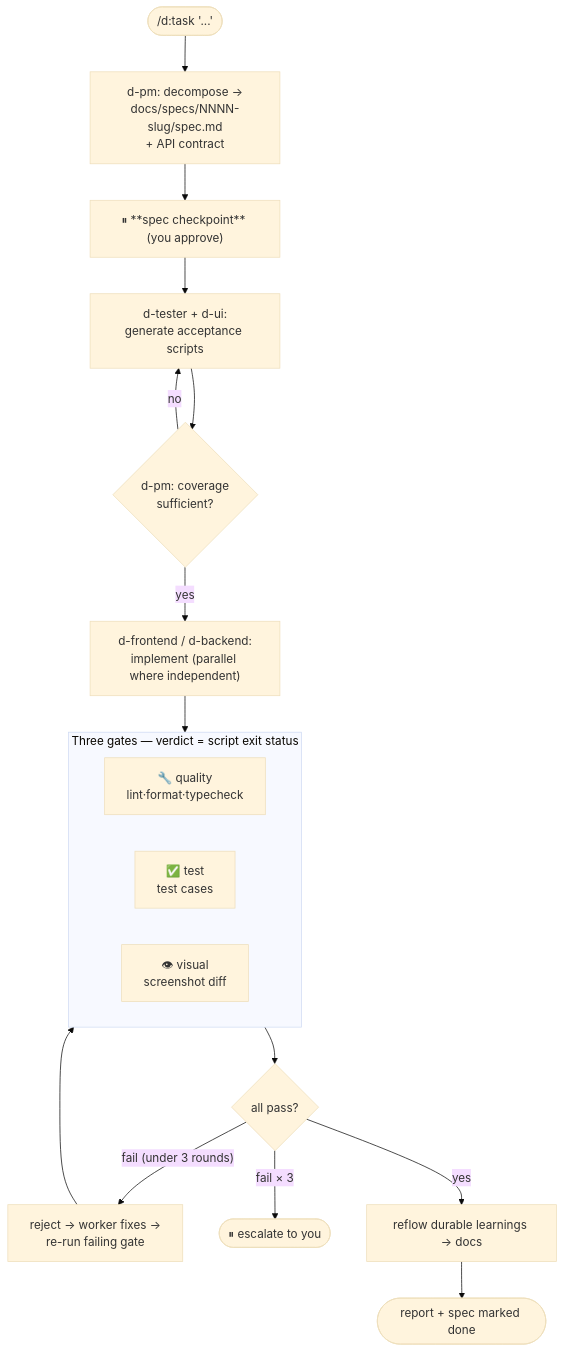
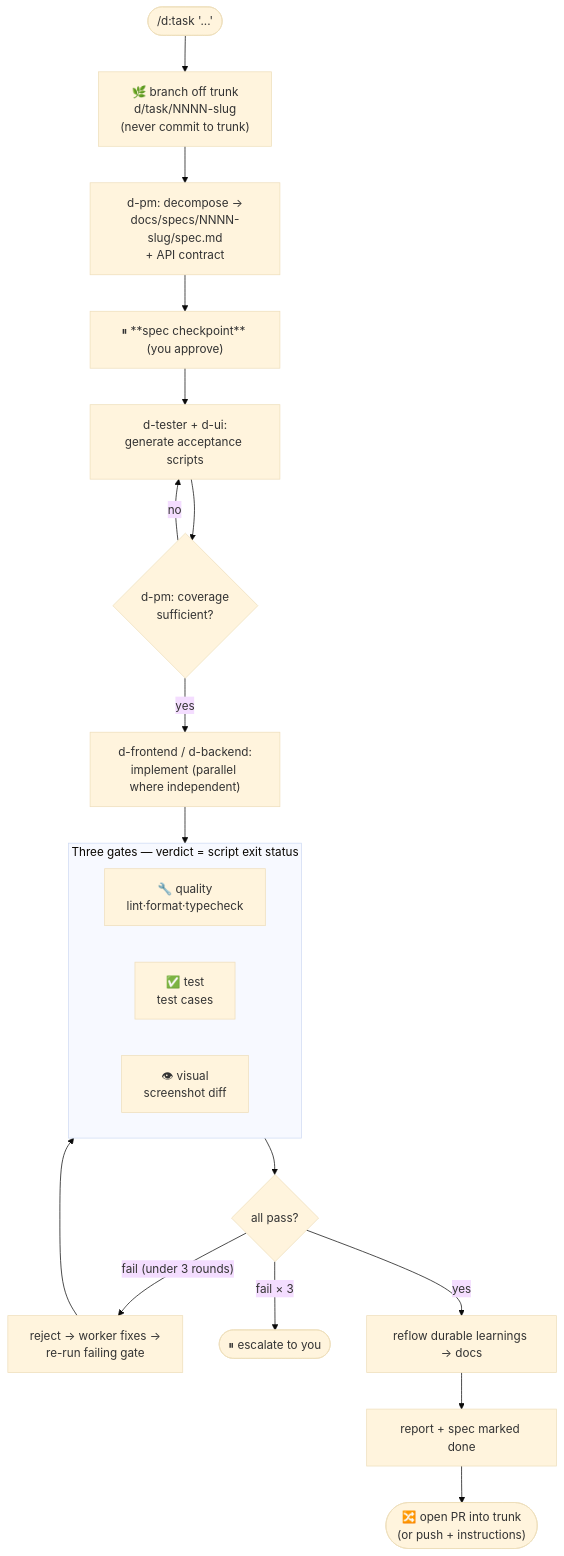
Before and after one commit to Adophlidu/cc-commands: the third of 5 diagrams in README.md, drawn with Mermaid (base theme). The commit also changed other lines of this file, not shown here.

Commit message:
docs: update README for branch discipline, commit conventions, and permission pre-grant (phases 5-7) (#9)

````diff
--- a/README.md
+++ b/README.md
@@ -112,24 +114,26 @@
 ```mermaid
 flowchart TD
-    t0(["/d:task '...'"]) --> t1["d-pm: decompose →<br/>docs/specs/NNNN-slug/spec.md<br/>+ API contract"]
+    t0(["/d:task '...'"]) --> tb["🌿 branch off trunk<br/>d/task/NNNN-slug<br/>(never commit to trunk)"]
+    tb --> t1["d-pm: decompose →<br/>docs/specs/NNNN-slug/spec.md<br/>+ API contract"]
     t1 --> t2["⏸ **spec checkpoint** (you approve)"]
     t2 --> t3["d-tester + d-ui:<br/>generate acceptance scripts"]
     t3 --> t4{"d-pm: coverage<br/>sufficient?"}
     t4 -->|no| t3
     t4 -->|yes| t5["d-frontend / d-backend:<br/>implement (parallel where independent)"]
     t5 --> gates
 
     subgraph gates ["Three gates — verdict = script exit status"]
         direction LR
         g1["🔧 quality<br/>lint·format·typecheck"]
         g2["✅ test<br/>test cases"]
         g3["👁 visual<br/>screenshot diff"]
     end
 
     gates --> t6{"all pass?"}
     t6 -->|"fail (under 3 rounds)"| t7["reject → worker fixes →<br/>re-run failing gate"]
     t7 --> gates
     t6 -->|"fail × 3"| esc(["⏸ escalate to you"])
     t6 -->|yes| t8["reflow durable learnings → docs"]
-    t8 --> t9(["report + spec marked done"])
+    t8 --> t9["report + spec marked done"]
+    t9 --> t10(["🔀 open PR into trunk<br/>(or push + instructions)"])
 ```
````
